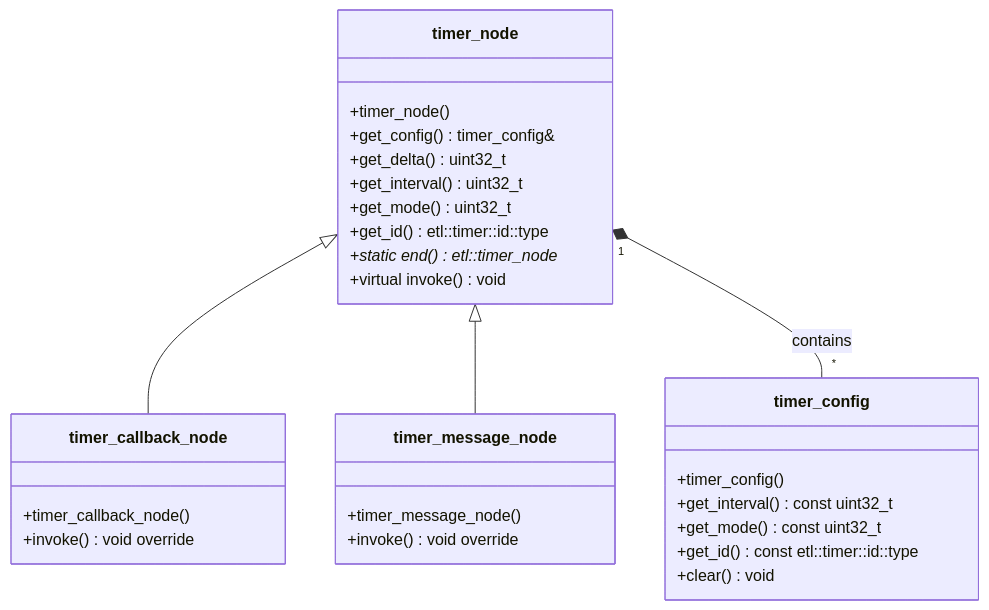
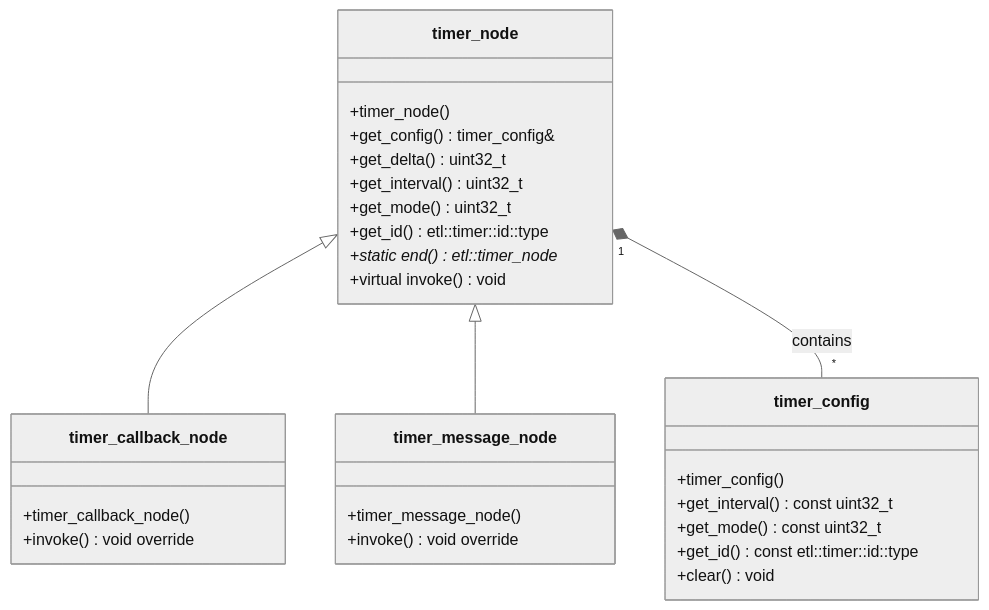
Before and after one commit to ETLCPP/etl: the diagram in docs/timers/timer-node.md, drawn with Mermaid. The commit also changed other lines of this file and 2 other files, not shown here.

Commit message:
Added timer_node and timer_config docs
Added timer_no_lock_policy and timer_atomic_lock_policy

````diff
--- a/docs/timers/timer-node.md
+++ b/docs/timers/timer-node.md
@@ -13,39 +12,45 @@
 ```mermaid
+---
+config:
+  theme: neutral
+  look: classic
+  layout: dagre
+---
 classDiagram
   timer_node <|-- timer_callback_node
   timer_node <|-- timer_message_node
 
   timer_node "1" *-- "*" timer_config : contains
 
   class timer_config {
     +timer_config()
     +get_interval() const uint32_t 
     +get_mode() const uint32_t 
     +get_id() const etl::timer::id::type
     +clear() void
   }
 
   class timer_node {
     +timer_node()
     +get_config() timer_config&
     +get_delta() uint32_t
     +get_interval() uint32_t
     +get_mode() uint32_t
     +get_id() etl::timer::id::type
     +static end() etl::timer_node*
   }
 
   class timer_node {
     +virtual invoke() void
   }
 
   class timer_callback_node {
     +timer_callback_node()
     +invoke() void override
   }
 
   class timer_message_node {
     +timer_message_node()
     +invoke() void override
   }
 ```
````
